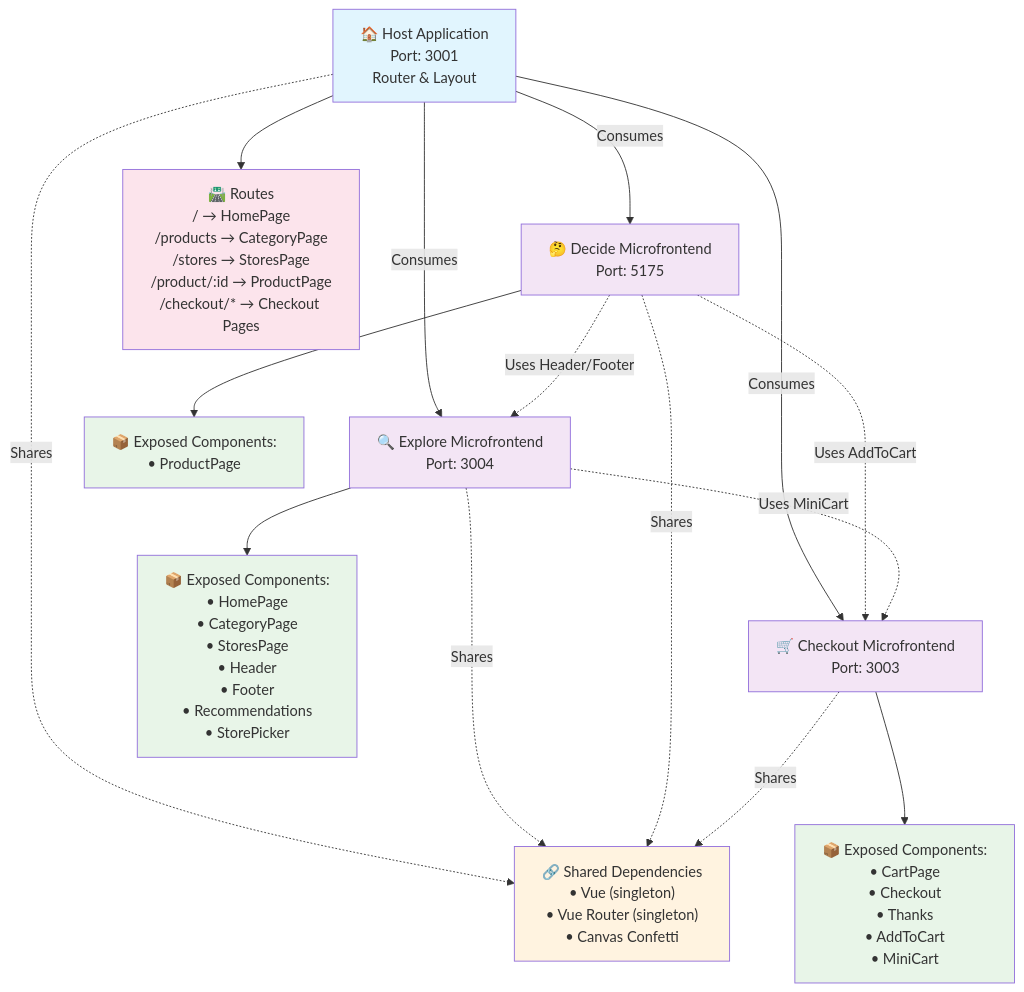
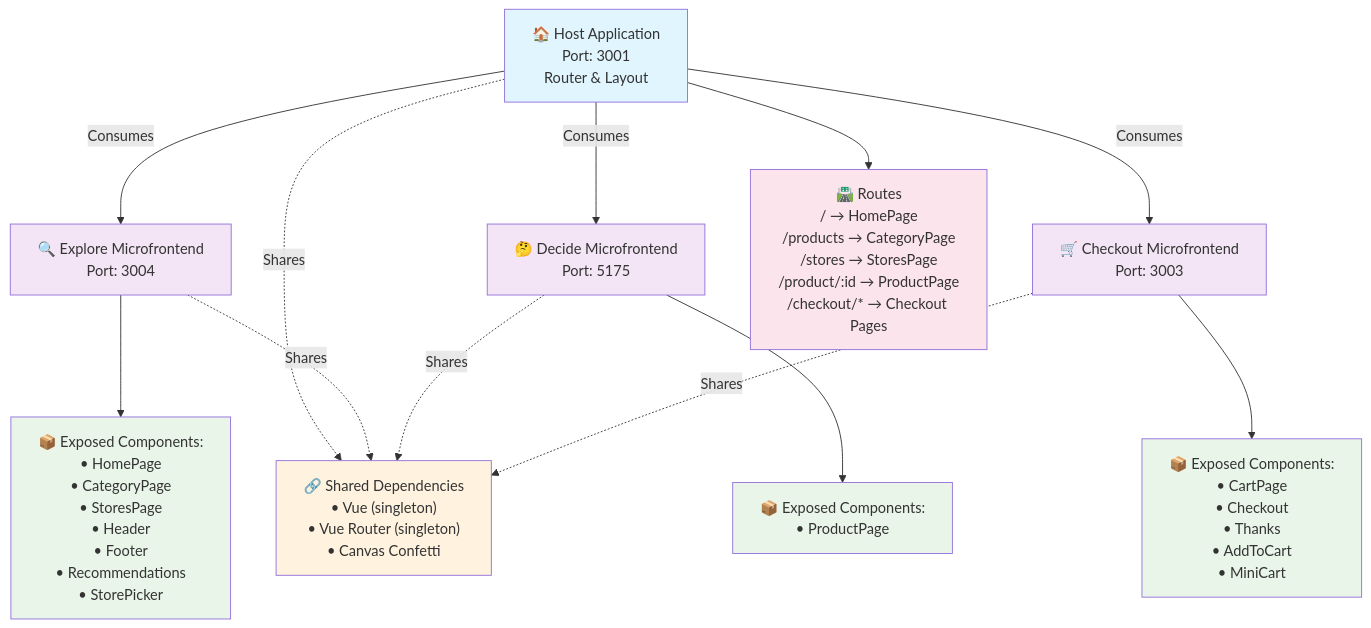
Before and after one commit to alexanderop/tractorStoreVueModuleFederation: the diagram in README.md, drawn with Mermaid. The commit also changed other lines of this file, not shown here.

Commit message:
refactor: update README to include Vite in frameworks and clarify remote component loading approach

````diff
--- a/README.md
+++ b/README.md
@@ -47,54 +48,52 @@
 ```mermaid
 graph TD
     %% Host Application (Shell)
     Host["🏠 Host Application<br/>Port: 3001<br/>Router & Layout"]
     
     %% Microfrontends
     Explore["🔍 Explore Microfrontend<br/>Port: 3004"]
     Decide["🤔 Decide Microfrontend<br/>Port: 5175"]
     Checkout["🛒 Checkout Microfrontend<br/>Port: 3003"]
     
     %% Host consumes from remotes
     Host -->|Consumes| Explore
     Host -->|Consumes| Decide
     Host -->|Consumes| Checkout
     
     %% Explore exposed components
     Explore --> ExploreComponents["📦 Exposed Components:<br/>• HomePage<br/>• CategoryPage<br/>• StoresPage<br/>• Header<br/>• Footer<br/>• Recommendations<br/>• StorePicker"]
     
     %% Decide exposed components
     Decide --> DecideComponents["📦 Exposed Components:<br/>• ProductPage"]
     
     %% Checkout exposed components
     Checkout --> CheckoutComponents["📦 Exposed Components:<br/>• CartPage<br/>• Checkout<br/>• Thanks<br/>• AddToCart<br/>• MiniCart"]
     
     %% Shared dependencies
     SharedDeps["🔗 Shared Dependencies<br/>• Vue (singleton)<br/>• Vue Router (singleton)<br/>• Canvas Confetti"]
     
     Host -.->|Shares| SharedDeps
     Explore -.->|Shares| SharedDeps
     Decide -.->|Shares| SharedDeps
     Checkout -.->|Shares| SharedDeps
     
-    %% Cross-microfrontend dependencies
-    Decide -.->|Uses Header/Footer| Explore
-    Decide -.->|Uses AddToCart| Checkout
-    Explore -.->|Uses MiniCart| Checkout
+    %% Note: All remote component consumption is handled through the host
+    %% No direct cross-microfrontend dependencies
     
     %% Routing
     Routes["🛣️ Routes<br/>/ → HomePage<br/>/products → CategoryPage<br/>/stores → StoresPage<br/>/product/:id → ProductPage<br/>/checkout/* → Checkout Pages"]
     Host --> Routes
     
     %% Styling
     classDef host fill:#e1f5fe
     classDef microfrontend fill:#f3e5f5
     classDef components fill:#e8f5e8
     classDef shared fill:#fff3e0
     classDef routes fill:#fce4ec
     
     class Host host
     class Explore,Decide,Checkout microfrontend
     class ExploreComponents,DecideComponents,CheckoutComponents components
     class SharedDeps shared
     class Routes routes
 ```
````
